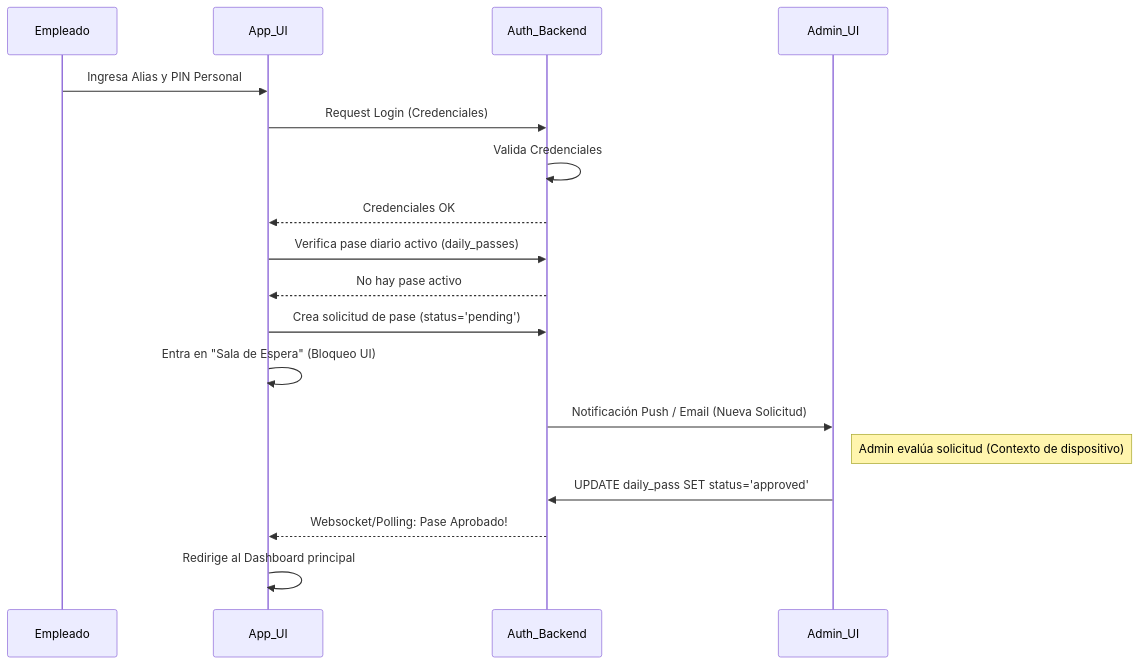
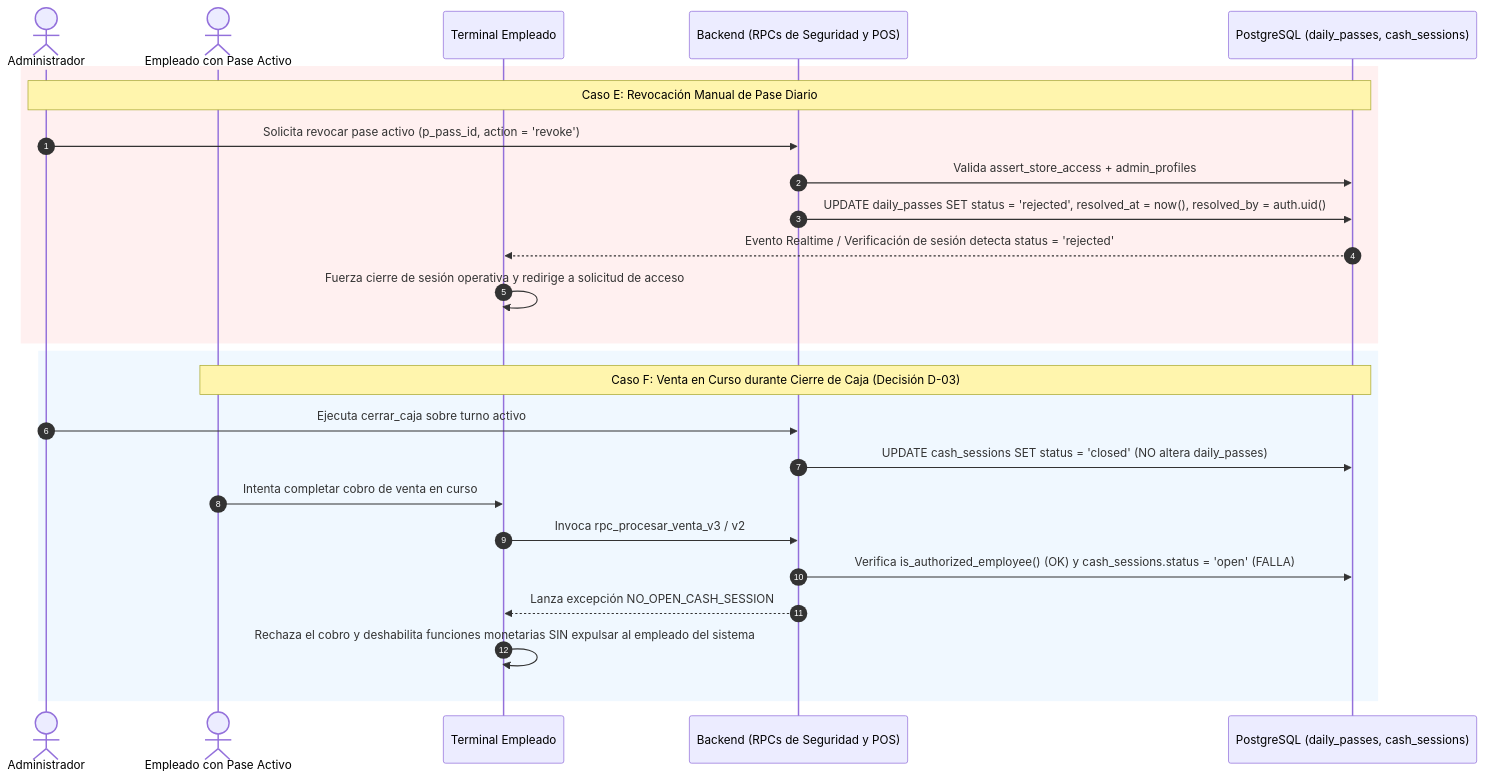
One commit to YamirJCF/tienda-barrio-pro changed the second of 4 diagrams in documentation/01_requirements/SDD/SDD_001_SEGURIDAD_DIARIA.md. Above: the diagram before and after it, drawn with Mermaid. The commit also changed other lines of this file and 128 other files, not shown here.

````diff
--- a/documentation/01_requirements/SDD/SDD_001_SEGURIDAD_DIARIA.md
+++ b/documentation/01_requirements/SDD/SDD_001_SEGURIDAD_DIARIA.md
@@ -35,28 +104,29 @@
 ```mermaid
 sequenceDiagram
-    participant Empleado
-    participant App_UI
-    participant Auth_Backend
-    participant Admin_UI
+    autonumber
+    actor Admin as Administrador
+    actor Emp as Empleado con Pase Activo
+    participant UI as Terminal Empleado
+    participant RPC as Backend (RPCs de Seguridad y POS)
+    participant DB as PostgreSQL (daily_passes, cash_sessions)
 
-    Empleado->>App_UI: Ingresa Alias y PIN Personal
-    App_UI->>Auth_Backend: Request Login (Credenciales)
-    
-    Auth_Backend->>Auth_Backend: Valida Credenciales
-    Auth_Backend-->>App_UI: Credenciales OK
-    
-    App_UI->>Auth_Backend: Verifica pase diario activo (daily_passes)
-    Auth_Backend-->>App_UI: No hay pase activo
-    
-    App_UI->>Auth_Backend: Crea solicitud de pase (status='pending')
-    App_UI->>App_UI: Entra en "Sala de Espera" (Bloqueo UI)
-    
-    Auth_Backend->>Admin_UI: Notificación Push / Email (Nueva Solicitud)
-    
-    Note right of Admin_UI: Admin evalúa solicitud (Contexto de dispositivo)
-    
-    Admin_UI->>Auth_Backend: UPDATE daily_pass SET status='approved'
-    
-    Auth_Backend-->>App_UI: Websocket/Polling: Pase Aprobado!
-    App_UI->>App_UI: Redirige al Dashboard principal
+    rect rgb(255, 240, 240)
+        Note over Admin, DB: Caso E: Revocación Manual de Pase Diario
+        Admin->>RPC: Solicita revocar pase activo (p_pass_id, action = 'revoke')
+        RPC->>DB: Valida assert_store_access + admin_profiles
+        RPC->>DB: UPDATE daily_passes SET status = 'rejected', resolved_at = now(), resolved_by = auth.uid()
+        DB-->>UI: Evento Realtime / Verificación de sesión detecta status = 'rejected'
+        UI->>UI: Fuerza cierre de sesión operativa y redirige a solicitud de acceso
+    end
+
+    rect rgb(240, 248, 255)
+        Note over Emp, DB: Caso F: Venta en Curso durante Cierre de Caja (Decisión D-03)
+        Admin->>RPC: Ejecuta cerrar_caja sobre turno activo
+        RPC->>DB: UPDATE cash_sessions SET status = 'closed' (NO altera daily_passes)
+        Emp->>UI: Intenta completar cobro de venta en curso
+        UI->>RPC: Invoca rpc_procesar_venta_v3 / v2
+        RPC->>DB: Verifica is_authorized_employee() (OK) y cash_sessions.status = 'open' (FALLA)
+        RPC-->>UI: Lanza excepción NO_OPEN_CASH_SESSION
+        UI->>UI: Rechaza el cobro y deshabilita funciones monetarias SIN expulsar al empleado del sistema
+    end
 ```
````
